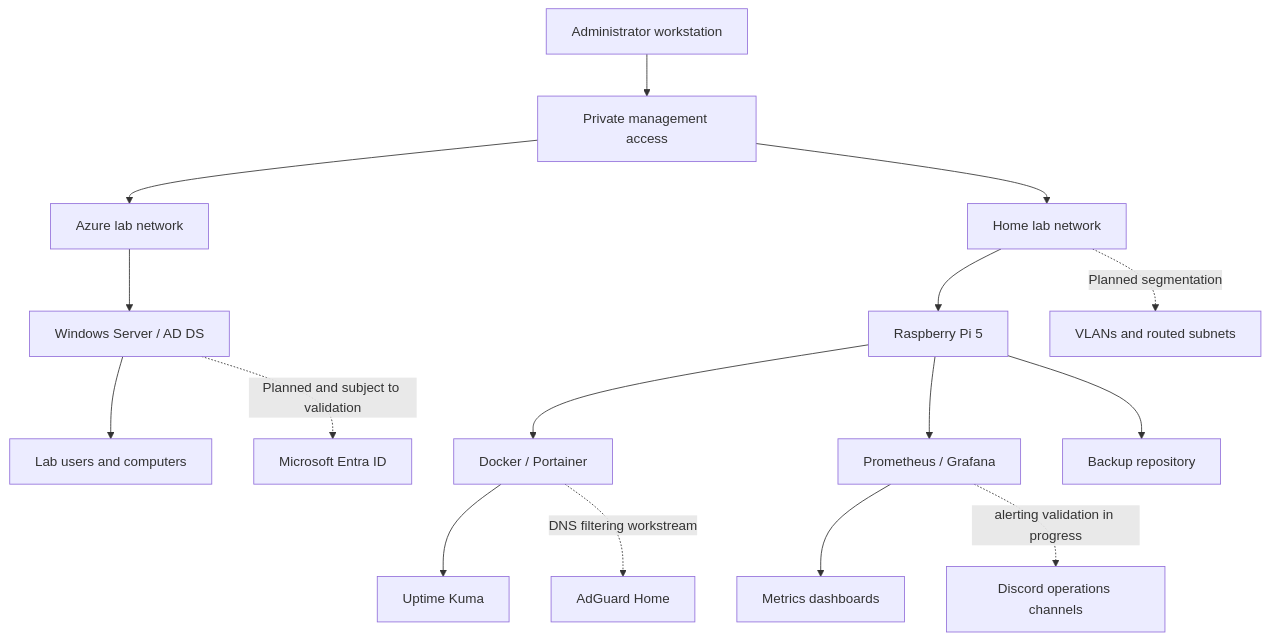
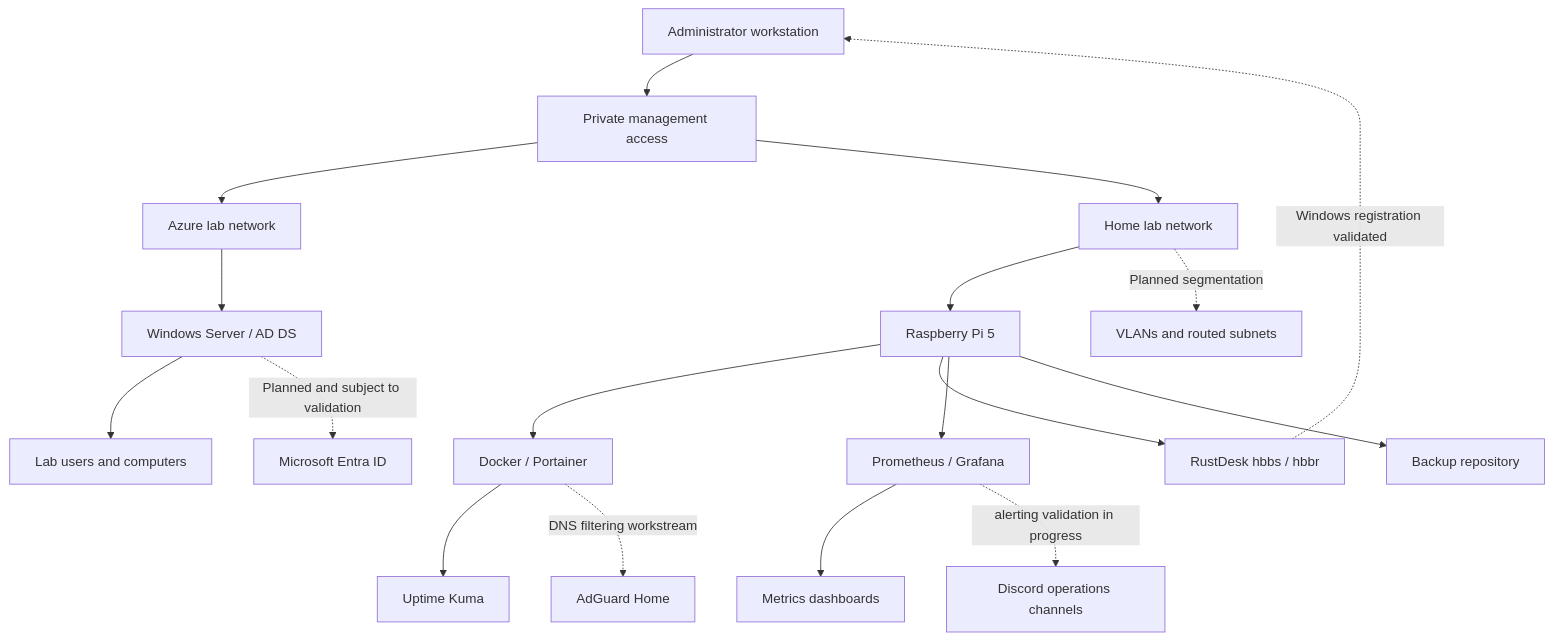
One commit to localhostjohn/astra-infrastructure-lab changed the diagram in README.md. Above: the diagram before and after it, drawn with Mermaid. The commit also changed other lines of this file, not shown here.

Commit message:
docs: update README with RustDesk checkpoint

````diff
--- a/README.md
+++ b/README.md
@@ -69,18 +71,20 @@
 ```mermaid
 flowchart TB
     A[Administrator workstation] --> B[Private management access]
     B --> C[Azure lab network]
     B --> D[Home lab network]
     C --> E[Windows Server / AD DS]
     E --> F[Lab users and computers]
     D --> G[Raspberry Pi 5]
     G --> H[Docker / Portainer]
     H --> I[Uptime Kuma]
+    G --> RD[RustDesk hbbs / hbbr]
+    RD -. Windows registration validated .-> A
     G --> N[Prometheus / Grafana]
     N --> O[Metrics dashboards]
     N -. alerting validation in progress .-> P[Discord operations channels]
     H -. DNS filtering workstream .-> J[AdGuard Home]
     G --> K[Backup repository]
     E -. Planned and subject to validation .-> L[Microsoft Entra ID]
     D -. Planned segmentation .-> M[VLANs and routed subnets]
 ```
````
